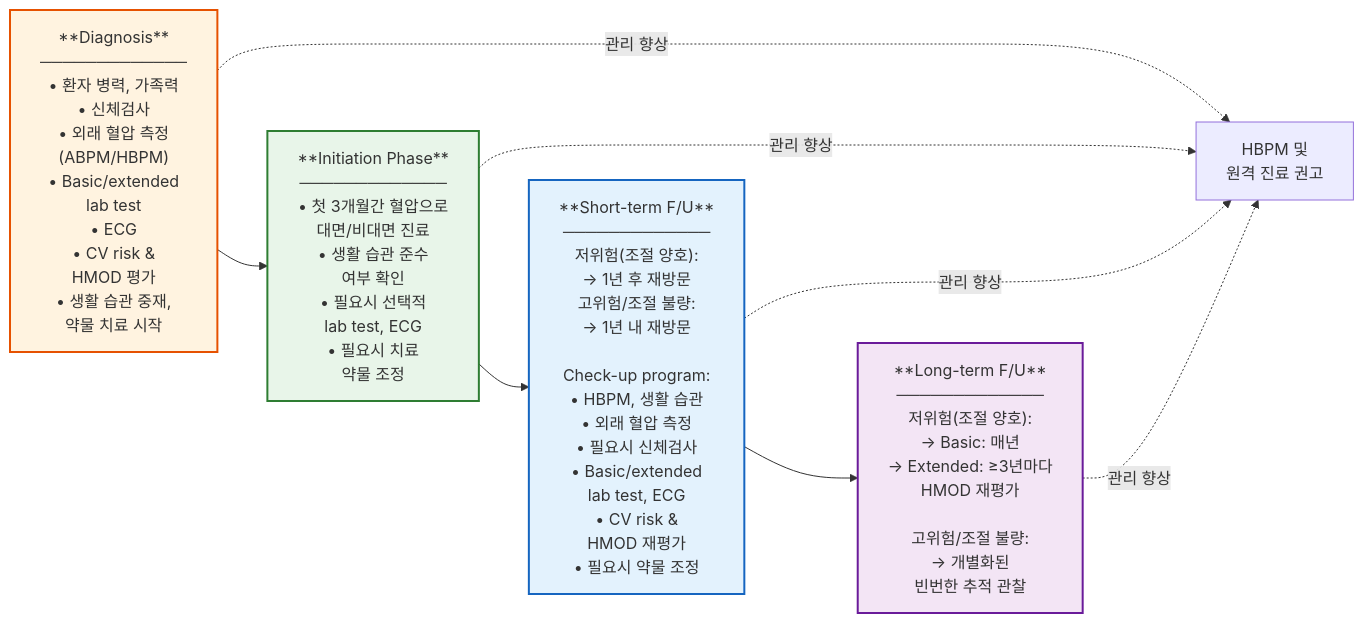
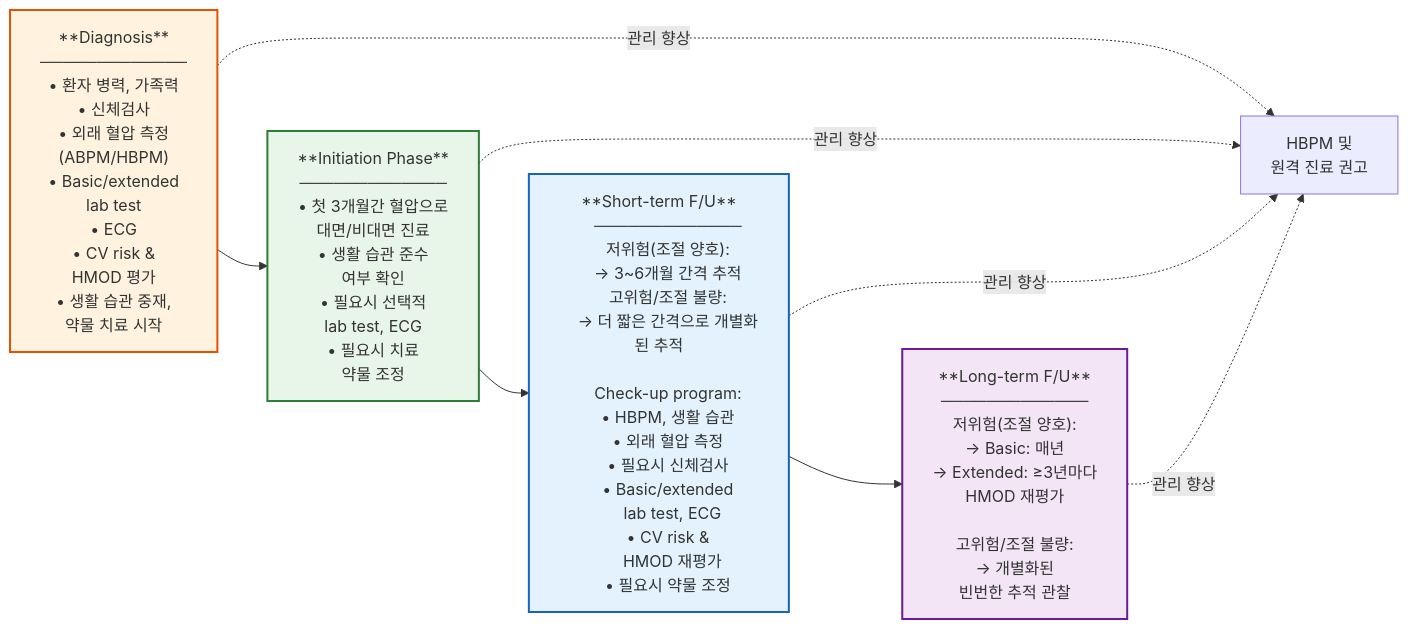
Before and after one commit to familyoh77/familyoh77: the sixth of 6 diagrams in 225_/095_-hypertension.md, drawn with Mermaid. The commit also changed other lines of this file, not shown here.

````diff
--- a/225_/095_-hypertension.md
+++ b/225_/095_-hypertension.md
@@ -1332,69 +1332,69 @@
 ```mermaid
 flowchart LR
     A["**Diagnosis**
     ─────────────
     • 환자 병력, 가족력
     • 신체검사
     • 외래 혈압 측정
       (ABPM/HBPM)
     • Basic/extended
       lab test
     • ECG
     • CV risk &
       HMOD 평가
     • 생활 습관 중재,
       약물 치료 시작"]
 
     B["**Initiation Phase**
     ─────────────
     • 첫 3개월간 혈압으로
       대면/비대면 진료
     • 생활 습관 준수
       여부 확인
     • 필요시 선택적
       lab test, ECG
     • 필요시 치료
       약물 조정"]
 
     C["**Short-term F/U**
     ─────────────
     저위험(조절 양호):
-    → 1년 후 재방문
+    → 3~6개월 간격 추적
     고위험/조절 불량:
-    → 1년 내 재방문
+    → 더 짧은 간격으로 개별화된 추적
 
     Check-up program:
     • HBPM, 생활 습관
     • 외래 혈압 측정
     • 필요시 신체검사
     • Basic/extended
       lab test, ECG
     • CV risk &
       HMOD 재평가
     • 필요시 약물 조정"]
 
     D["**Long-term F/U**
     ─────────────
     저위험(조절 양호):
     → Basic: 매년
     → Extended: ≥3년마다
       HMOD 재평가
 
     고위험/조절 불량:
     → 개별화된
       빈번한 추적 관찰"]
 
     A --> B --> C --> D
 
     E["HBPM 및 <br/>원격 진료 권고"]
     A -. "관리 향상" .-> E
     B -. "관리 향상" .-> E
     C -. "관리 향상" .-> E
     D -. "관리 향상" .-> E
 
     style A fill:#fff3e0,stroke:#e65100,stroke-width:2px
     style B fill:#e8f5e9,stroke:#2e7d32,stroke-width:2px
     style C fill:#e3f2fd,stroke:#1565c0,stroke-width:2px
     style D fill:#f3e5f5,stroke:#6a1b9a,stroke-width:2px
 
 ```
````
